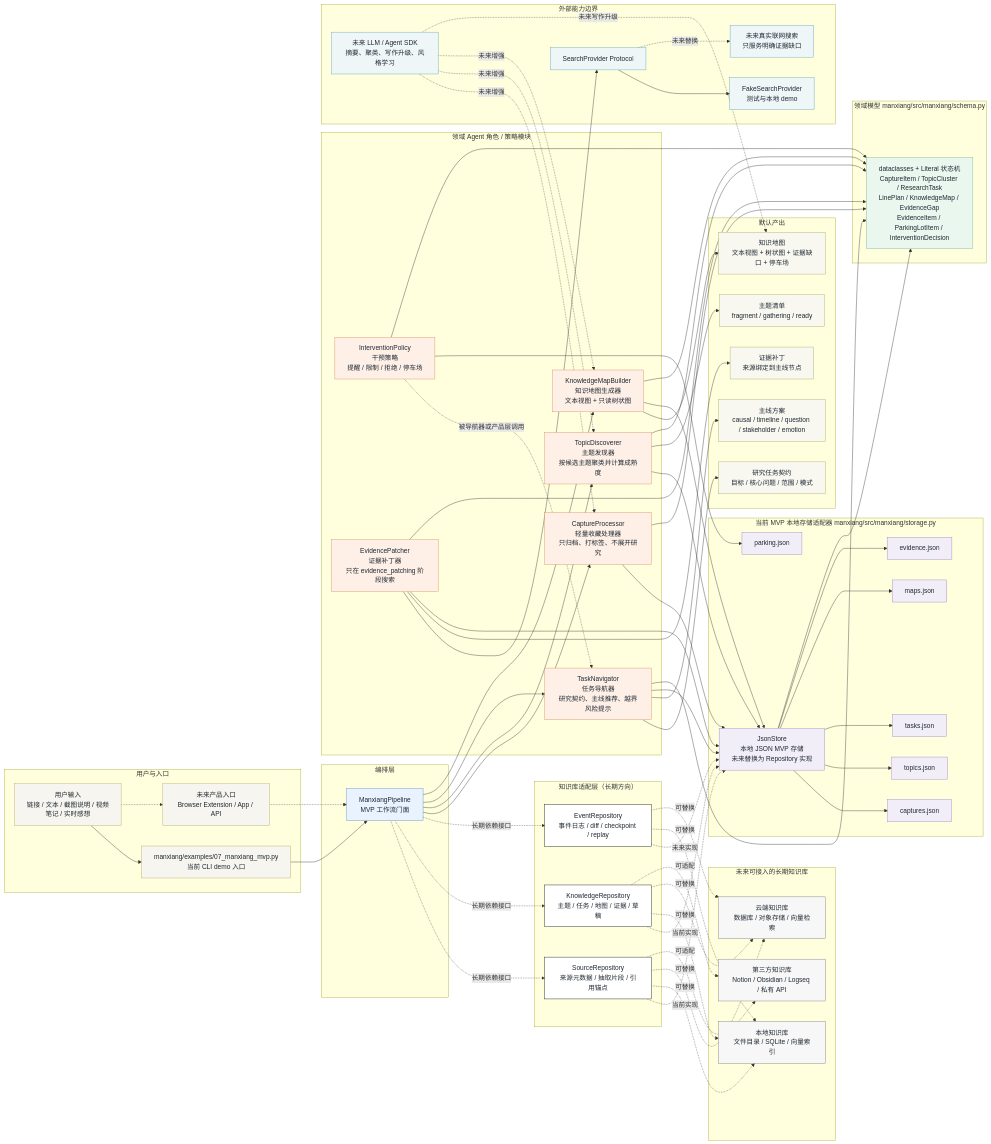
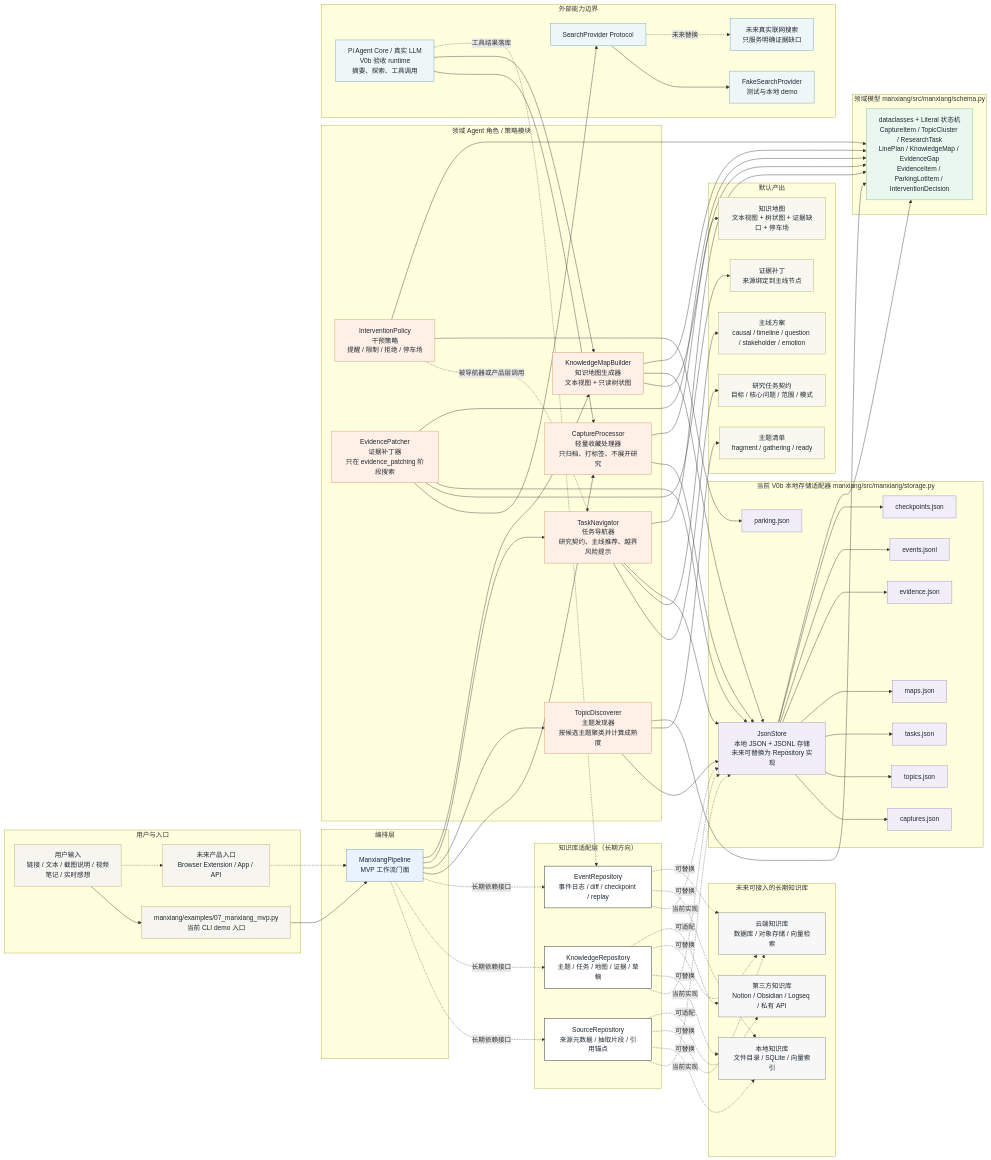
One commit to dmcisnotavailable/manxiang changed the diagram in docs/manxiang-architecture.mmd. Above: the diagram before and after it, drawn with Mermaid. The commit also changed 4 other files, not shown here.

```diff
--- a/docs/manxiang-architecture.mmd
+++ b/docs/manxiang-architecture.mmd
@@ -1,145 +1,148 @@
 flowchart LR
   %% 慢想专用技术架构图：源码可编辑版
 
   subgraph USER["用户与入口"]
     U["用户输入<br/>链接 / 文本 / 截图说明 / 视频笔记 / 实时感想"]
     DEMO["manxiang/examples/07_manxiang_mvp.py<br/>当前 CLI demo 入口"]
     FUTURE_UI["未来产品入口<br/>Browser Extension / App / API"]
   end
 
   subgraph PIPE["编排层"]
     MP["ManxiangPipeline<br/>MVP 工作流门面"]
   end
 
   subgraph REPO["知识库适配层（长期方向）"]
     SREPO["SourceRepository<br/>来源元数据 / 抽取片段 / 引用锚点"]
     KREPO["KnowledgeRepository<br/>主题 / 任务 / 地图 / 证据 / 草稿"]
     EREPO["EventRepository<br/>事件日志 / diff / checkpoint / replay"]
   end
 
   subgraph DOMAIN["领域 Agent 角色 / 策略模块"]
     CAP["CaptureProcessor<br/>轻量收藏处理器<br/>只归档、打标签、不展开研究"]
     TOPIC["TopicDiscoverer<br/>主题发现器<br/>按候选主题聚类并计算成熟度"]
     NAV["TaskNavigator<br/>任务导航器<br/>研究契约、主线推荐、越界风险提示"]
     MAP["KnowledgeMapBuilder<br/>知识地图生成器<br/>文本视图 + 只读树状图"]
     INT["InterventionPolicy<br/>干预策略<br/>提醒 / 限制 / 拒绝 / 停车场"]
     EVI["EvidencePatcher<br/>证据补丁器<br/>只在 evidence_patching 阶段搜索"]
   end
 
   subgraph MODEL["领域模型 manxiang/src/manxiang/schema.py"]
     SCHEMA["dataclasses + Literal 状态机<br/>CaptureItem / TopicCluster / ResearchTask<br/>LinePlan / KnowledgeMap / EvidenceGap<br/>EvidenceItem / ParkingLotItem / InterventionDecision"]
   end
 
-  subgraph STORE["当前 MVP 本地存储适配器 manxiang/src/manxiang/storage.py"]
-    JS["JsonStore<br/>本地 JSON MVP 存储<br/>未来替换为 Repository 实现"]
+  subgraph STORE["当前 V0b 本地存储适配器 manxiang/src/manxiang/storage.py"]
+    JS["JsonStore<br/>本地 JSON + JSONL 存储<br/>未来可替换为 Repository 实现"]
     CJSON["captures.json"]
     TJSON["topics.json"]
     TASKJSON["tasks.json"]
     MJSON["maps.json"]
     EVJSON["evidence.json"]
     PJSON["parking.json"]
+    EVTJSONL["events.jsonl"]
+    CKPTJSON["checkpoints.json"]
   end
 
   subgraph KB["未来可接入的长期知识库"]
     LOCALKB["本地知识库<br/>文件目录 / SQLite / 向量索引"]
     CLOUDKB["云端知识库<br/>数据库 / 对象存储 / 向量检索"]
     THIRD["第三方知识库<br/>Notion / Obsidian / Logseq / 私有 API"]
   end
 
   subgraph EXT["外部能力边界"]
     SP["SearchProvider Protocol"]
     FAKE["FakeSearchProvider<br/>测试与本地 demo"]
     WEB["未来真实联网搜索<br/>只服务明确证据缺口"]
-    LLM["未来 LLM / Agent SDK<br/>摘要、聚类、写作升级、风格学习"]
+    LLM["Pi Agent Core / 真实 LLM<br/>V0b 验收 runtime<br/>摘要、探索、工具调用"]
   end
 
   subgraph OUTPUT["默认产出"]
     TOPICS["主题清单<br/>fragment / gathering / ready"]
     CONTRACT["研究任务契约<br/>目标 / 核心问题 / 范围 / 模式"]
     LINE["主线方案<br/>causal / timeline / question / stakeholder / emotion"]
     KM["知识地图<br/>文本视图 + 树状图 + 证据缺口 + 停车场"]
     PATCH["证据补丁<br/>来源绑定到主线节点"]
   end
 
   U --> DEMO
   U -.-> FUTURE_UI
   DEMO --> MP
   FUTURE_UI -.-> MP
 
   MP -.长期依赖接口.-> SREPO
   MP -.长期依赖接口.-> KREPO
   MP -.长期依赖接口.-> EREPO
 
   SREPO -.当前实现.-> JS
   KREPO -.当前实现.-> JS
-  EREPO -.未来实现.-> JS
+  EREPO -.当前实现.-> JS
   SREPO -.可替换.-> LOCALKB
   KREPO -.可替换.-> LOCALKB
   EREPO -.可替换.-> LOCALKB
   SREPO -.可替换.-> CLOUDKB
   KREPO -.可替换.-> CLOUDKB
   EREPO -.可替换.-> CLOUDKB
   SREPO -.可适配.-> THIRD
   KREPO -.可适配.-> THIRD
 
   MP --> CAP
   CAP --> JS
   JS --> CJSON
   MP --> TOPIC
   TOPIC --> JS
   JS --> TJSON
   TOPIC --> TOPICS
 
   MP --> NAV
   NAV --> CONTRACT
   NAV --> LINE
   NAV --> JS
   JS --> TASKJSON
 
   MP --> MAP
   MAP --> KM
   MAP --> JS
   JS --> MJSON
 
   INT -.被导航器或产品层调用.-> NAV
   INT --> PJSON
 
   EVI --> SP
   SP --> FAKE
   SP -.未来替换.-> WEB
   EVI --> PATCH
   EVI --> JS
   JS --> EVJSON
+  JS --> EVTJSONL
+  JS --> CKPTJSON
 
   CAP --> SCHEMA
   TOPIC --> SCHEMA
   NAV --> SCHEMA
   MAP --> SCHEMA
   INT --> SCHEMA
   EVI --> SCHEMA
   JS --> SCHEMA
 
-  LLM -.未来增强.-> CAP
-  LLM -.未来增强.-> TOPIC
-  LLM -.未来增强.-> MAP
-  LLM -.未来写作升级.-> KM
+  LLM --> CAP
+  LLM --> MAP
+  LLM -.工具结果落库.-> EREPO
 
   classDef entry fill:#F7F5EF,stroke:#B9A46A,color:#1F2933;
   classDef pipe fill:#E9F2FF,stroke:#5B8CC0,color:#1F2933;
   classDef repo fill:#FFFFFF,stroke:#111111,color:#1F2933;
   classDef domain fill:#FFF0E7,stroke:#D98D5F,color:#1F2933;
   classDef model fill:#EAF7EF,stroke:#78B58B,color:#1F2933;
   classDef store fill:#F1EEF8,stroke:#9A83C4,color:#1F2933;
   classDef kb fill:#F7F7F7,stroke:#777777,color:#1F2933;
   classDef ext fill:#EEF6F8,stroke:#5FA4B8,color:#1F2933;
   classDef out fill:#F8F8F1,stroke:#A8AA67,color:#1F2933;
 
   class U,DEMO,FUTURE_UI entry;
   class MP pipe;
   class SREPO,KREPO,EREPO repo;
   class CAP,TOPIC,NAV,MAP,INT,EVI domain;
   class SCHEMA model;
-  class JS,CJSON,TJSON,TASKJSON,MJSON,EVJSON,PJSON store;
+  class JS,CJSON,TJSON,TASKJSON,MJSON,EVJSON,PJSON,EVTJSONL,CKPTJSON store;
   class LOCALKB,CLOUDKB,THIRD kb;
   class SP,FAKE,WEB,LLM ext;
   class TOPICS,CONTRACT,LINE,KM,PATCH out;
```
